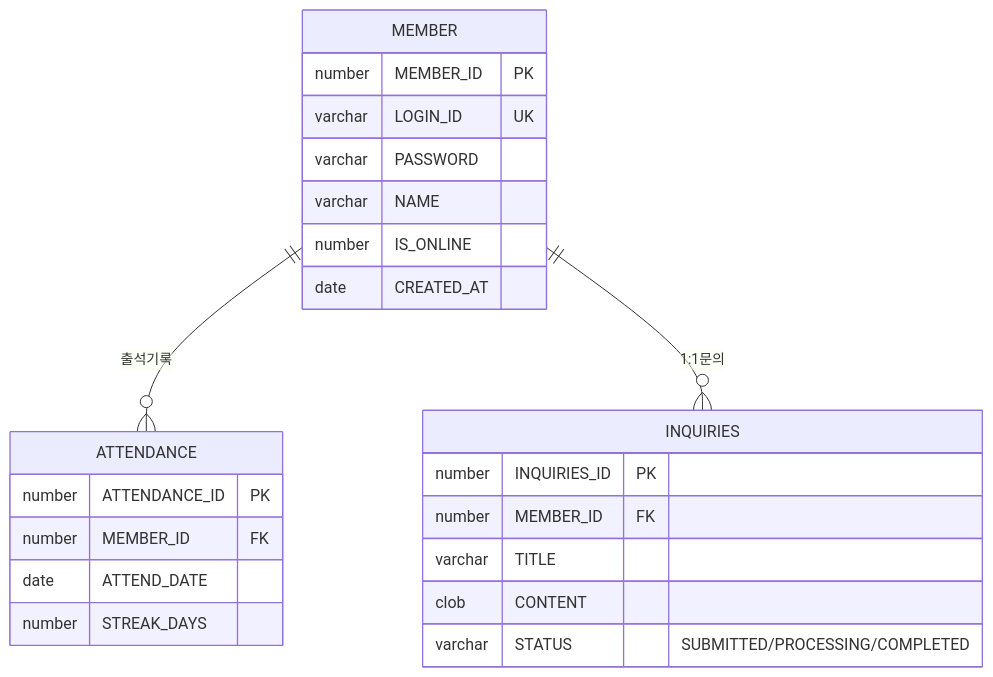
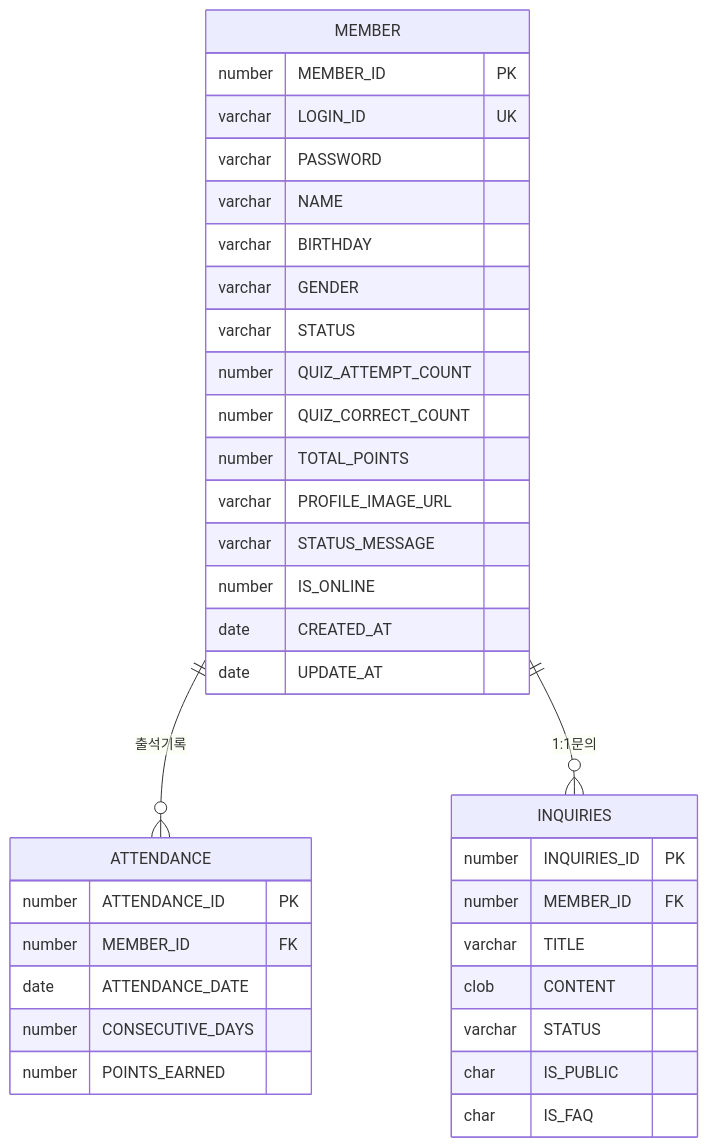
The second of 7 diagrams in erd.md (KJH-Portfolio/202602-Environmenta-Organization), drawn with Mermaid before and after one commit. The commit also changed other lines of this file, not shown here.

````diff
--- a/erd.md
+++ b/erd.md
@@ -237,26 +447,38 @@
 ```mermaid
 erDiagram
     MEMBER {
-        number MEMBER_ID PK
+        number  MEMBER_ID PK
         varchar LOGIN_ID UK
         varchar PASSWORD
         varchar NAME
-        number IS_ONLINE
-        date CREATED_AT
+        varchar BIRTHDAY
+        varchar GENDER
+        varchar STATUS
+        number  QUIZ_ATTEMPT_COUNT
+        number  QUIZ_CORRECT_COUNT
+        number  TOTAL_POINTS
+        varchar PROFILE_IMAGE_URL
+        varchar STATUS_MESSAGE
+        number  IS_ONLINE
+        date    CREATED_AT
+        date    UPDATE_AT
     }
     ATTENDANCE {
         number ATTENDANCE_ID PK
         number MEMBER_ID FK
-        date ATTEND_DATE
-        number STREAK_DAYS
+        date   ATTENDANCE_DATE
+        number CONSECUTIVE_DAYS
+        number POINTS_EARNED
     }
     INQUIRIES {
         number INQUIRIES_ID PK
         number MEMBER_ID FK
         varchar TITLE
-        clob CONTENT
-        varchar STATUS "SUBMITTED/PROCESSING/COMPLETED"
+        clob    CONTENT
+        varchar STATUS
+        char    IS_PUBLIC
+        char    IS_FAQ
     }
     MEMBER ||--o{ ATTENDANCE : "출석기록"
     MEMBER ||--o{ INQUIRIES : "1:1문의"
 ```
````
